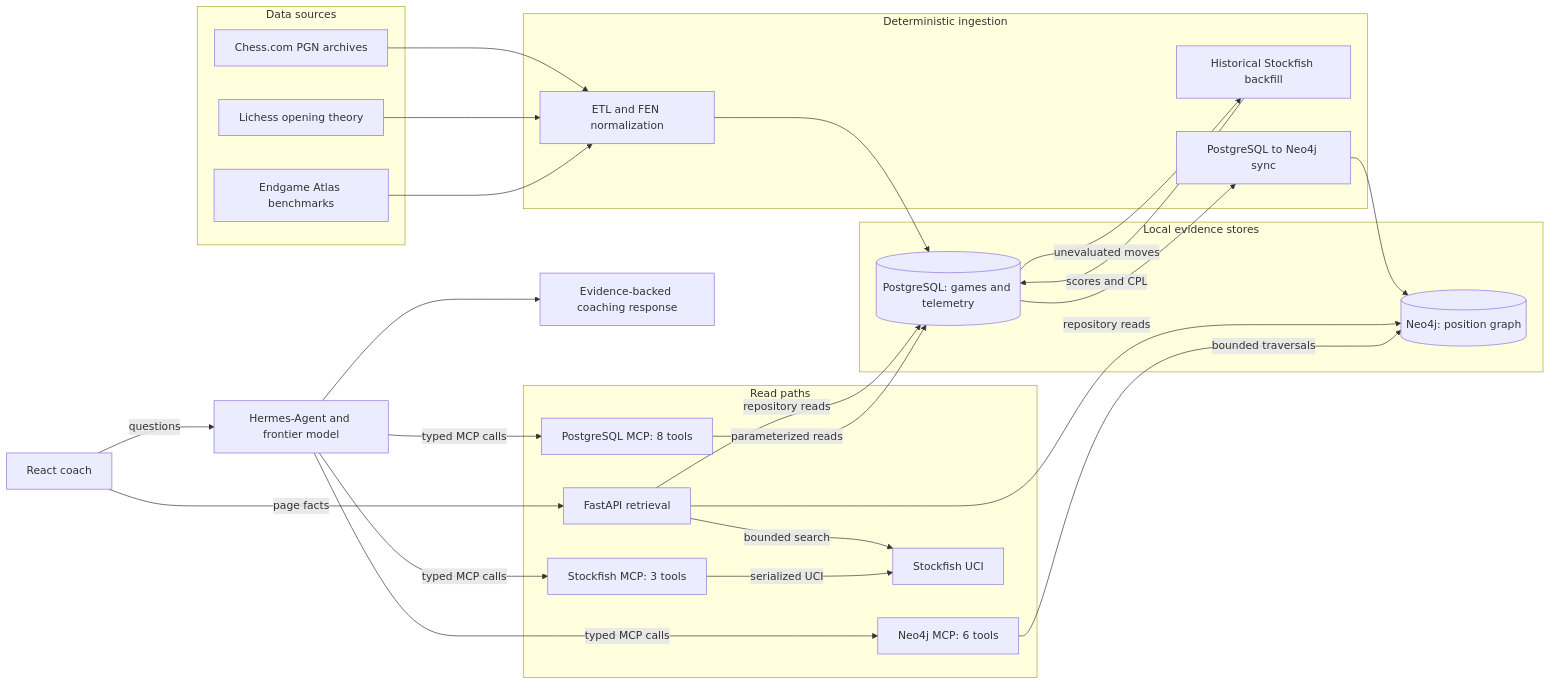
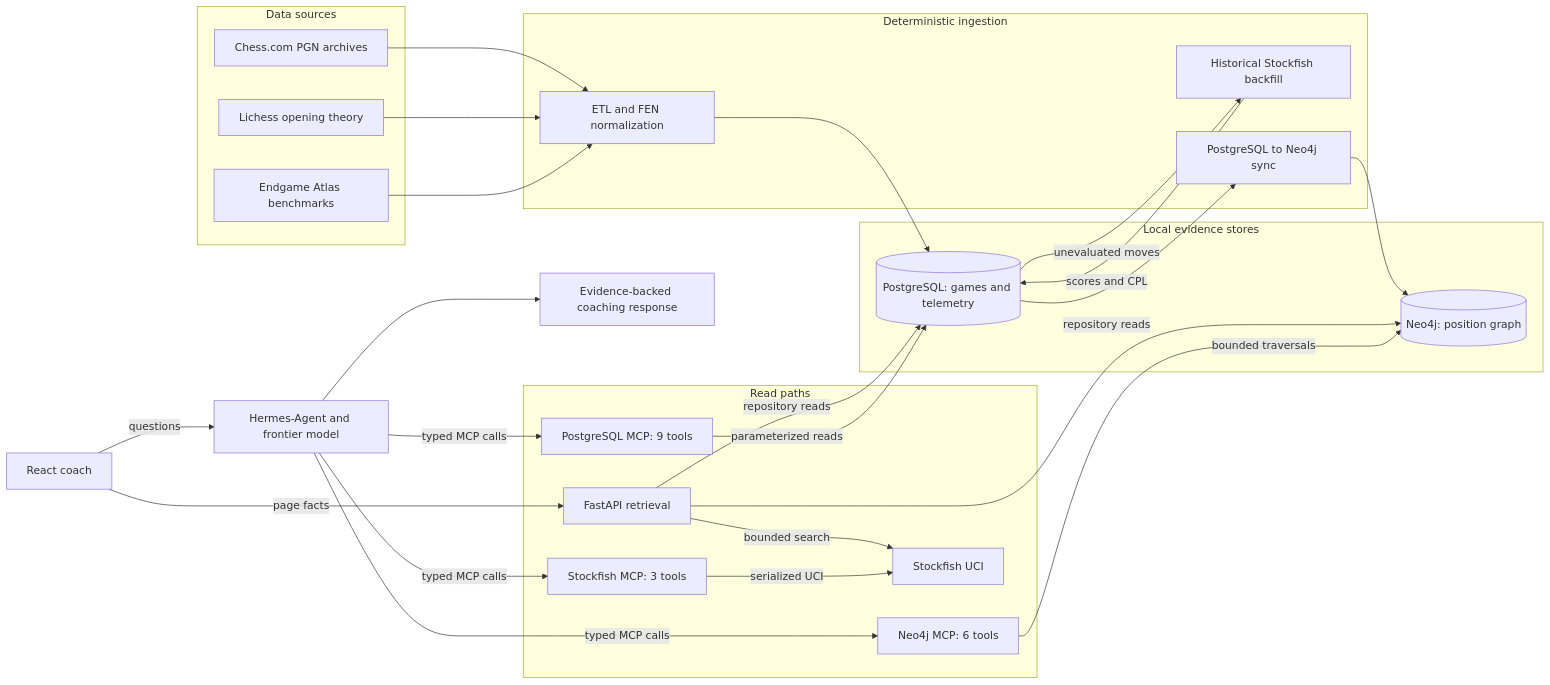
Before and after one commit to JunENSAI/ChessGraph-MCP: the first of 2 diagrams in README.md, drawn with Mermaid. The commit also changed other lines of this file, not shown here.

````diff
--- a/README.md
+++ b/README.md
@@ -47,53 +47,53 @@
 ```mermaid
 flowchart LR
     subgraph sources [Data sources]
         pgn["Chess.com PGN archives"]
         openings["Lichess opening theory"]
         endgames["Endgame Atlas benchmarks"]
     end
 
     subgraph ingestion [Deterministic ingestion]
         normalizer["ETL and FEN normalization"]
         backfill["Historical Stockfish backfill"]
         graphSync["PostgreSQL to Neo4j sync"]
     end
 
     subgraph knowledge [Local evidence stores]
         postgres[("PostgreSQL: games and telemetry")]
         neo4j[("Neo4j: position graph")]
     end
 
     subgraph runtime [Read paths]
         api["FastAPI retrieval"]
-        pgMcp["PostgreSQL MCP: 8 tools"]
+        pgMcp["PostgreSQL MCP: 9 tools"]
         graphMcp["Neo4j MCP: 6 tools"]
         sfMcp["Stockfish MCP: 3 tools"]
         stockfish["Stockfish UCI"]
     end
 
     ui["React coach"]
     host["Hermes-Agent and frontier model"]
     coach["Evidence-backed coaching response"]
 
     pgn --> normalizer
     openings --> normalizer
     endgames --> normalizer
     normalizer --> postgres
     postgres -->|"unevaluated moves"| backfill
     backfill -->|"scores and CPL"| postgres
     postgres --> graphSync
     graphSync --> neo4j
 
     ui -->|"page facts"| api
     ui -->|"questions"| host
     api -->|"repository reads"| postgres
     api -->|"repository reads"| neo4j
     api -->|"bounded search"| stockfish
     host -->|"typed MCP calls"| pgMcp
     host -->|"typed MCP calls"| graphMcp
     host -->|"typed MCP calls"| sfMcp
     pgMcp -->|"parameterized reads"| postgres
     graphMcp -->|"bounded traversals"| neo4j
     sfMcp -->|"serialized UCI"| stockfish
     host --> coach
 ```
````
